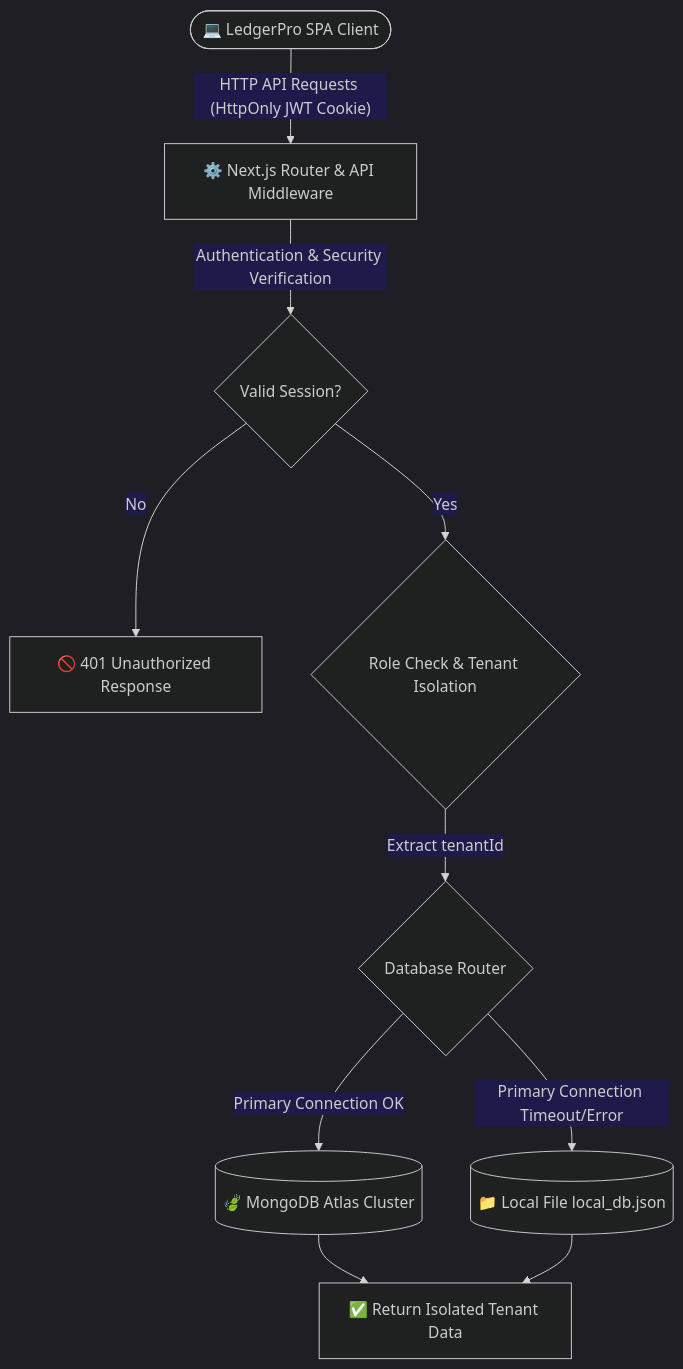
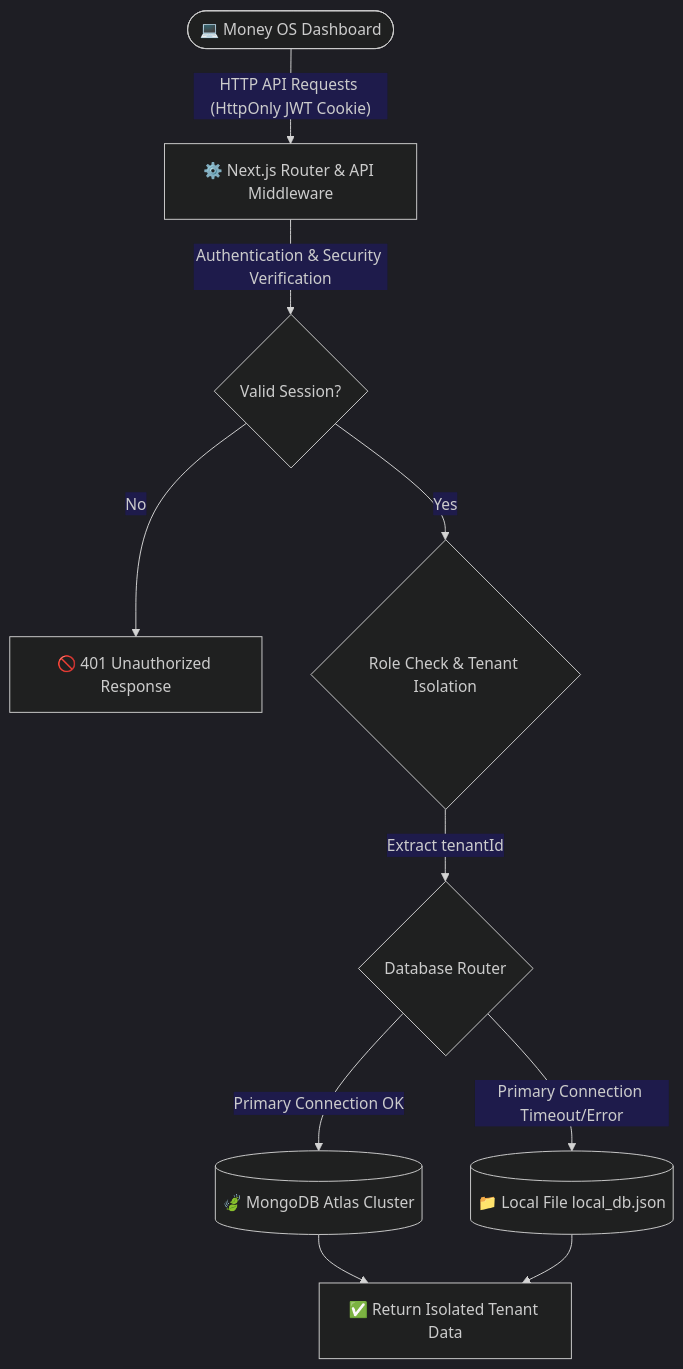
One commit to jainhardik06/ledgerpro changed the diagram in README.md. Above: the diagram before and after it, drawn with Mermaid. The commit also changed other lines of this file and 32 other files, not shown here.

````diff
--- a/README.md
+++ b/README.md
@@ -60,22 +78,22 @@
 ```mermaid
 %%{init: {'theme': 'dark', 'themeVariables': { 'primaryColor': '#6366f1', 'edgeLabelBackground':'#1e1b4b', 'tertiaryColor': '#0f172a'}}}%%
 graph TD
     %% Clients
-    Client([💻 LedgerPro SPA Client]) -- "HTTP API Requests (HttpOnly JWT Cookie)" --> API[⚙️ Next.js Router & API Middleware]
+    Client([💻 Money OS Dashboard]) -- "HTTP API Requests (HttpOnly JWT Cookie)" --> API[⚙️ Next.js Router & API Middleware]
     
     %% Routing logic
     API -- "Authentication & Security Verification" --> Auth{Valid Session?}
     Auth -- "No" --> Unauth[🚫 401 Unauthorized Response]
     Auth -- "Yes" --> TenantCheck{Role Check & Tenant Isolation}
     
     %% Data Isolation
     TenantCheck -- "Extract tenantId" --> Routing{Database Router}
     
     %% DB Failover
     Routing -- "Primary Connection OK" --> Mongo[(🍃 MongoDB Atlas Cluster)]
     Routing -- "Primary Connection Timeout/Error" --> LocalDB[(📁 Local File local_db.json)]
     
     %% Output
     Mongo --> Return[✅ Return Isolated Tenant Data]
     LocalDB --> Return
 ```
````
